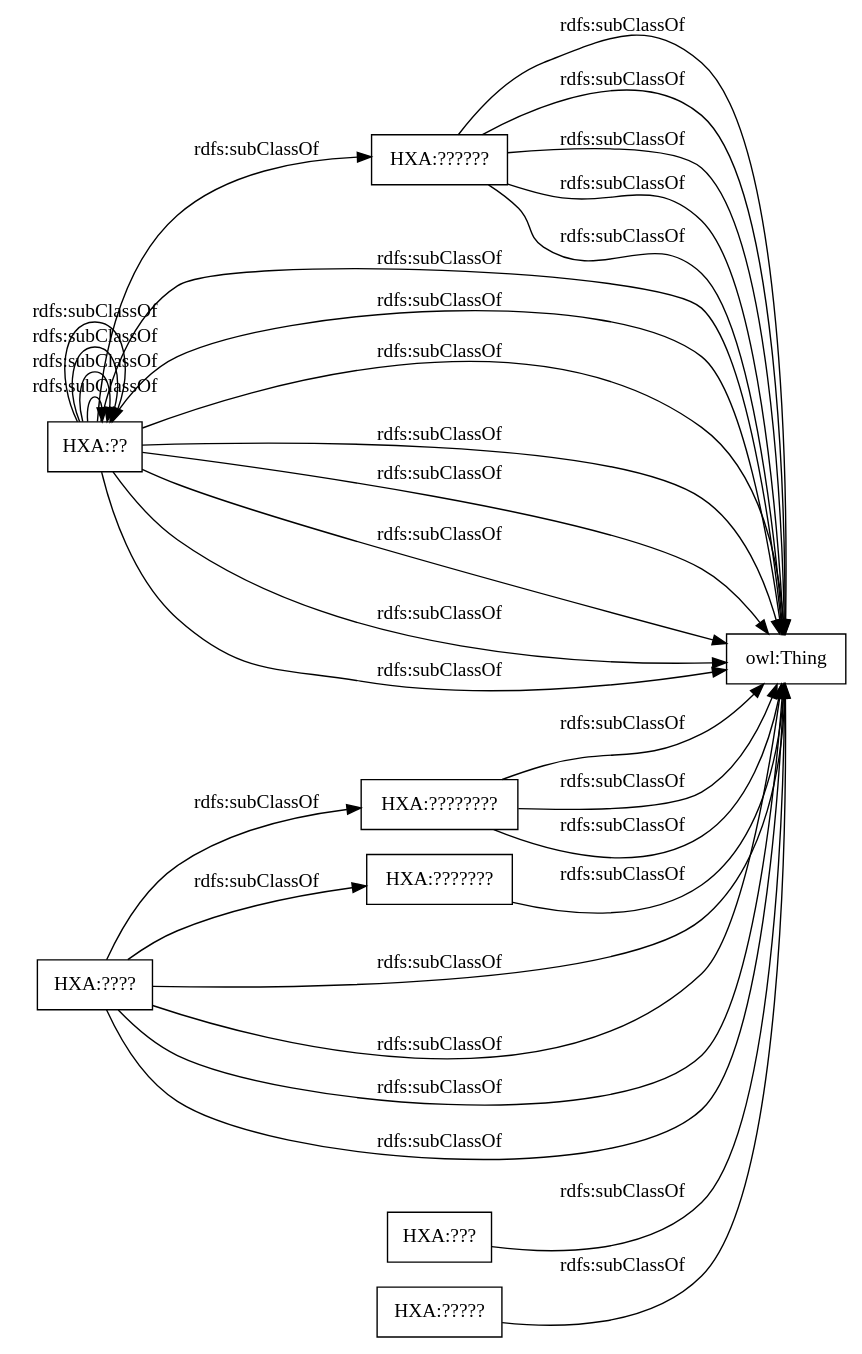
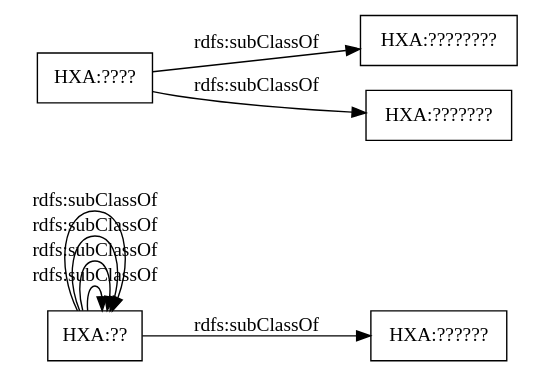
Before and after one commit to kevin801006/Ontology: the diagram in OnToology/HXA.rdf/diagrams/ar2dtool-taxonomy/HXA.rdf.png.dot, drawn with Graphviz. The commit also changed 10 other files, not shown here.

```diff
--- a/OnToology/HXA.rdf/diagrams/ar2dtool-taxonomy/HXA.rdf.png.dot
+++ b/OnToology/HXA.rdf/diagrams/ar2dtool-taxonomy/HXA.rdf.png.dot
@@ -1,36 +1,13 @@
 digraph ar2dtool_diagram { 
 rankdir=LR;
 size="1000"
-node [shape = rectangle, color="black"]; "HXA:??" "HXA:??????" "HXA:????????" "HXA:????" "HXA:??" "HXA:????" "HXA:???????" "HXA:??" "HXA:??????" "HXA:????" "HXA:??" "HXA:??????" "HXA:??" "HXA:???" "HXA:??" "HXA:??????" "HXA:????????" "HXA:??" "HXA:????????" "HXA:??" "HXA:??" "HXA:????" "HXA:????" "HXA:??" "HXA:??" "HXA:??????" "HXA:??" "HXA:??" "HXA:?????" "HXA:????" ; /*classes style*/
-	"HXA:????????" -> "owl:Thing" [ label = "rdfs:subClassOf" ];
-	"HXA:????????" -> "owl:Thing" [ label = "rdfs:subClassOf" ];
-	"HXA:????" -> "owl:Thing" [ label = "rdfs:subClassOf" ];
+node [shape = rectangle, color="black"]; "HXA:??" "HXA:??????" "HXA:????????" "HXA:??" "HXA:???????" "HXA:??" "HXA:????" "HXA:??" "HXA:??" "HXA:????" "HXA:??" ; /*classes style*/
 	"HXA:??" -> "HXA:??" [ label = "rdfs:subClassOf" ];
-	"HXA:???????" -> "owl:Thing" [ label = "rdfs:subClassOf" ];
-	"HXA:????" -> "owl:Thing" [ label = "rdfs:subClassOf" ];
-	"HXA:??????" -> "owl:Thing" [ label = "rdfs:subClassOf" ];
+	"HXA:??" -> "HXA:??????" [ label = "rdfs:subClassOf" ];
 	"HXA:??" -> "HXA:??" [ label = "rdfs:subClassOf" ];
-	"HXA:???" -> "owl:Thing" [ label = "rdfs:subClassOf" ];
-	"HXA:??????" -> "owl:Thing" [ label = "rdfs:subClassOf" ];
-	"HXA:??" -> "owl:Thing" [ label = "rdfs:subClassOf" ];
-	"HXA:????" -> "owl:Thing" [ label = "rdfs:subClassOf" ];
-	"HXA:??" -> "owl:Thing" [ label = "rdfs:subClassOf" ];
-	"HXA:??" -> "owl:Thing" [ label = "rdfs:subClassOf" ];
-	"HXA:??" -> "owl:Thing" [ label = "rdfs:subClassOf" ];
-	"HXA:????????" -> "owl:Thing" [ label = "rdfs:subClassOf" ];
-	"HXA:??" -> "owl:Thing" [ label = "rdfs:subClassOf" ];
-	"HXA:??????" -> "owl:Thing" [ label = "rdfs:subClassOf" ];
+	"HXA:????" -> "HXA:????????" [ label = "rdfs:subClassOf" ];
 	"HXA:??" -> "HXA:??" [ label = "rdfs:subClassOf" ];
-	"HXA:??????" -> "owl:Thing" [ label = "rdfs:subClassOf" ];
-	"HXA:??????" -> "owl:Thing" [ label = "rdfs:subClassOf" ];
-	"HXA:?????" -> "owl:Thing" [ label = "rdfs:subClassOf" ];
-	"HXA:????" -> "owl:Thing" [ label = "rdfs:subClassOf" ];
-	"HXA:??" -> "owl:Thing" [ label = "rdfs:subClassOf" ];
-	"HXA:??" -> "owl:Thing" [ label = "rdfs:subClassOf" ];
-	"HXA:????" -> "HXA:????????" [ label = "rdfs:subClassOf" ];
-	"HXA:??" -> "HXA:??????" [ label = "rdfs:subClassOf" ];
-	"HXA:??" -> "owl:Thing" [ label = "rdfs:subClassOf" ];
+	"HXA:??" -> "HXA:??" [ label = "rdfs:subClassOf" ];
 	"HXA:????" -> "HXA:???????" [ label = "rdfs:subClassOf" ];
-	"HXA:??" -> "HXA:??" [ label = "rdfs:subClassOf" ];
 
 }
```
